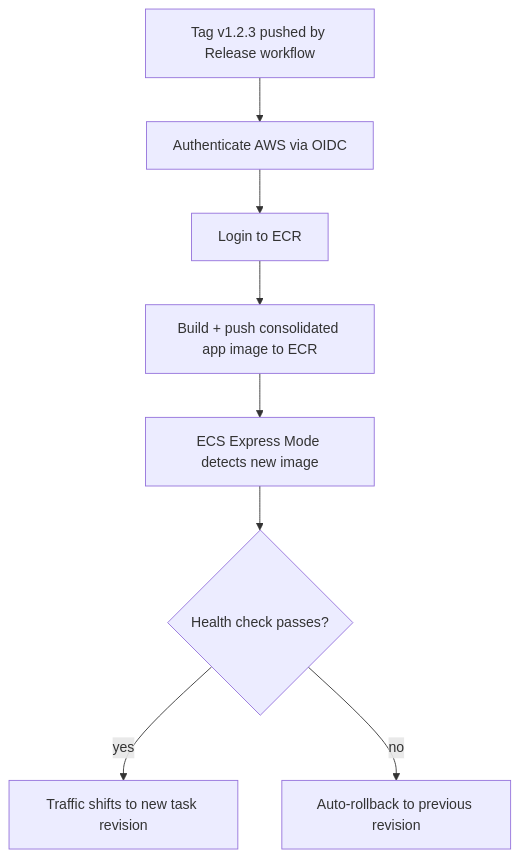
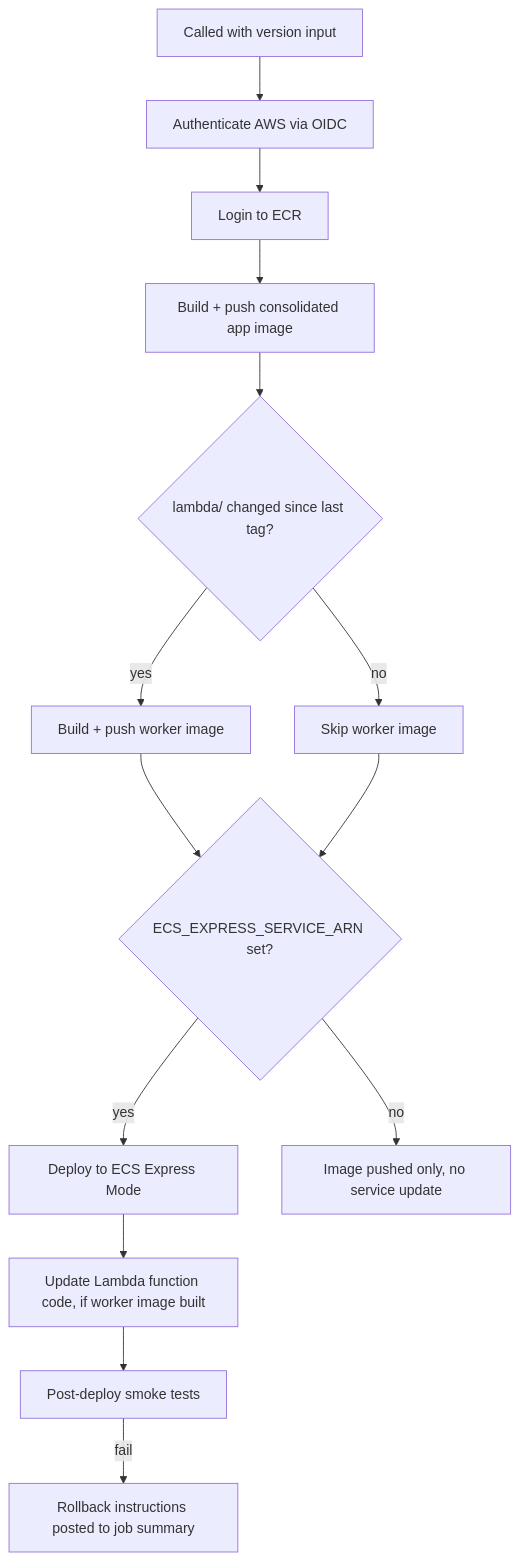
Before and after one commit to ricardogr07/shelter-pulse: the fifth of 5 diagrams in .github/workflows.md, drawn with Mermaid. The commit also changed other lines of this file, not shown here.

First line of the commit message:
docs: rewrite CI/CD workflow reference for accuracy

````diff
--- a/.github/workflows.md
+++ b/.github/workflows.md
@@ -113,10 +130,16 @@
 ```mermaid
 graph TD
-    A[Tag v1.2.3 pushed by Release workflow] --> B[Authenticate AWS via OIDC]
+    A[Called with version input] --> B[Authenticate AWS via OIDC]
     B --> C[Login to ECR]
-    C --> D[Build + push consolidated app image to ECR]
-    D --> E[ECS Express Mode detects new image]
-    E --> F{Health check passes?}
-    F -->|yes| G[Traffic shifts to new task revision]
-    F -->|no| H[Auto-rollback to previous revision]
+    C --> D[Build + push consolidated app image]
+    D --> E{lambda/ changed since last tag?}
+    E -->|yes| F[Build + push worker image]
+    E -->|no| G[Skip worker image]
+    F --> H{ECS_EXPRESS_SERVICE_ARN set?}
+    G --> H
+    H -->|yes| I[Deploy to ECS Express Mode]
+    H -->|no| J[Image pushed only, no service update]
+    I --> K[Update Lambda function code, if worker image built]
+    K --> L[Post-deploy smoke tests]
+    L -->|fail| M[Rollback instructions posted to job summary]
 ```
````
